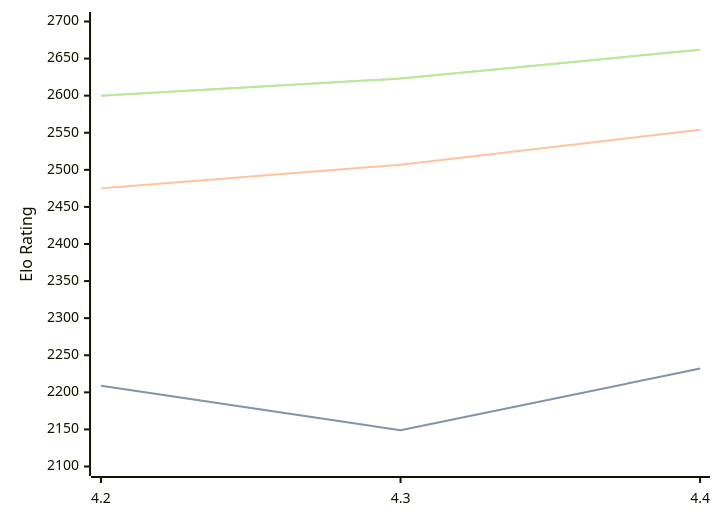
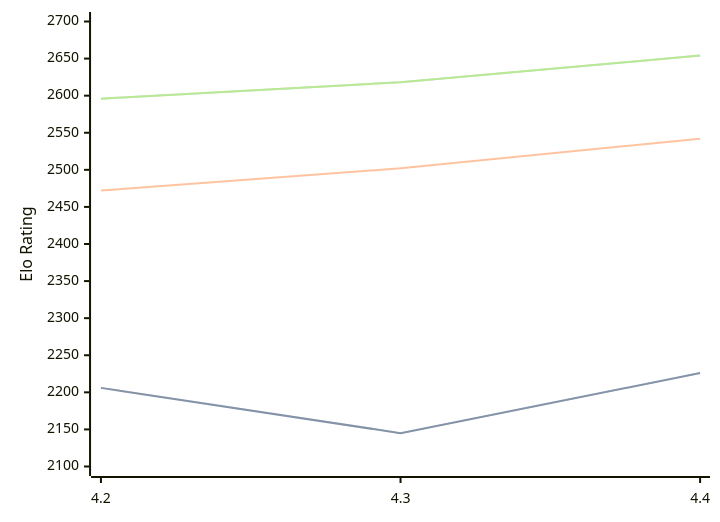
The diagram in engines/Eubos.md (computer-chess-index/cci), drawn with Mermaid before and after one commit. The commit also changed other lines of this file, not shown here.

Commit message:
Update CCI Ratings (ELO VLTC) - 2026-05-18

````diff
--- a/engines/Eubos.md
+++ b/engines/Eubos.md
@@ -89,11 +89,11 @@
 ```mermaid
 %%{init: {"theme":"base","themeVariables":{"seriesColors:['#a3a3a3','#222221','#faa371']}}}%%
 xychart-beta
   x-axis ["4.2", "4.3", "4.4"]
   y-axis "Elo Rating" 2100 --> 2700
-  line "STC (8.0+0.08s)" [2209, 2149, 2232]
-  line "STC (8.0+0.08s)" [2209, 2149, 2232]
-  line "LTC (60.0+0.60s)" [2475, 2507, 2554]
-  line "VLTC (2m24s+1.12s)" [2600, 2623, 2662]
-  line "VLTC (2m24s+1.12s)" [2600, 2623, 2662]
+  line "STC (8.0+0.08s)" [2206, 2145, 2226]
+  line "STC (8.0+0.08s)" [2206, 2145, 2226]
+  line "LTC (60.0+0.60s)" [2472, 2502, 2542]
+  line "VLTC (2m24s+1.12s)" [2596, 2618, 2654]
+  line "VLTC (2m24s+1.12s)" [2596, 2618, 2654]
 ```
````
